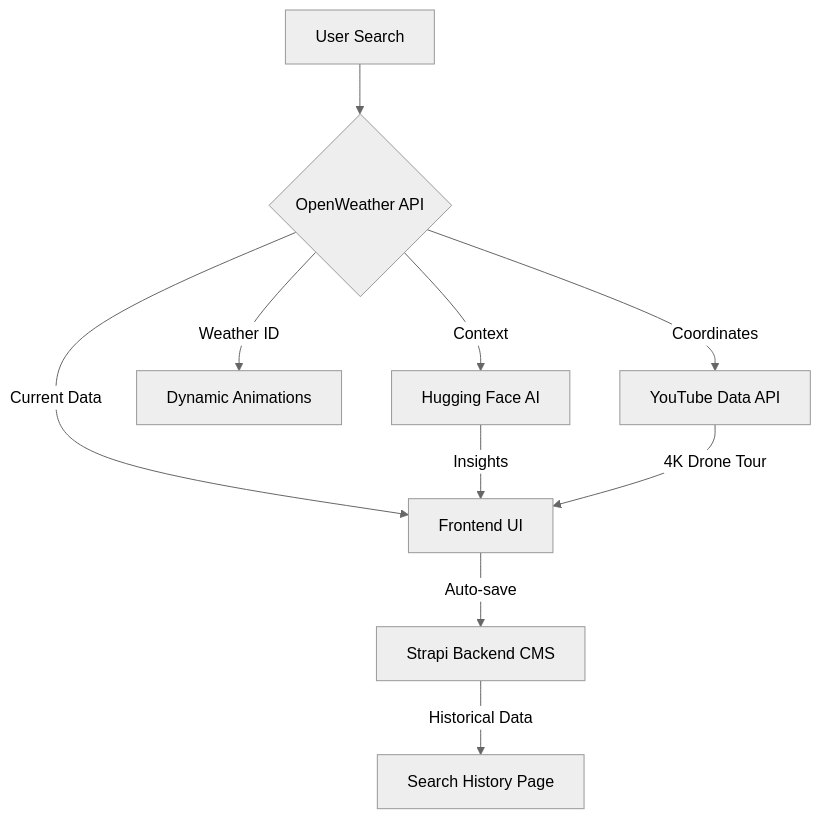
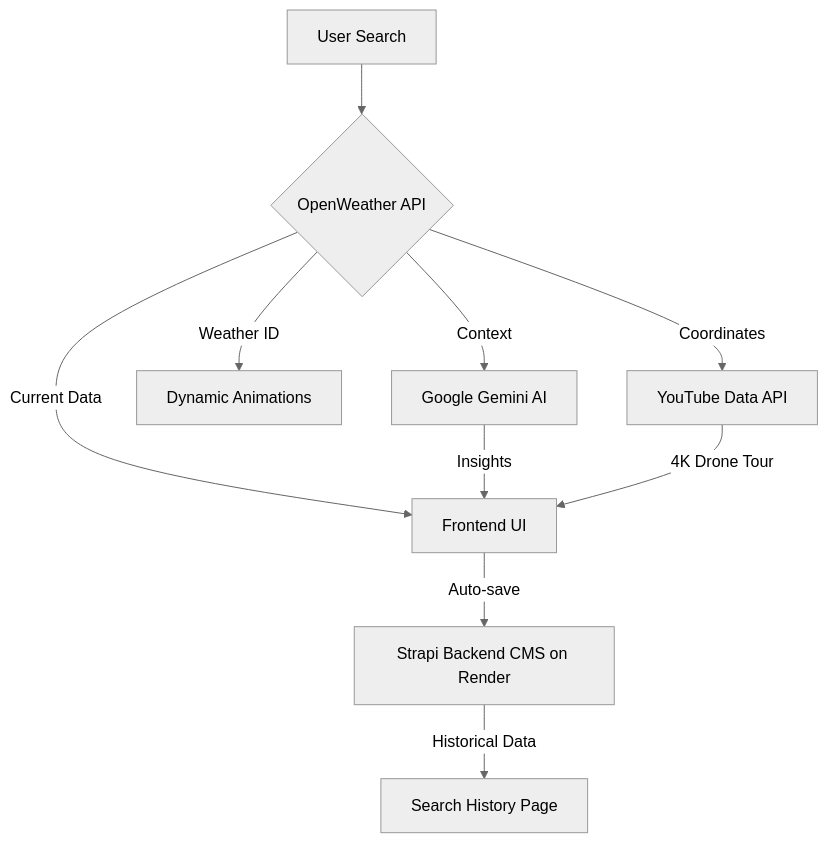
Before and after one commit to Kayke-Queiroz/SmartWeather: the diagram in README.md, drawn with Mermaid (neutral theme). The commit also changed other lines of this file, not shown here.

Commit message:
docs: update README with Google Gemini and Render infrastructure

````diff
--- a/README.md
+++ b/README.md
@@ -51,12 +51,12 @@
 ```mermaid
 graph TD
     A[User Search] --> B{OpenWeather API}
     B -->|Current Data| C[Frontend UI]
     B -->|Coordinates| D[YouTube Data API]
     B -->|Weather ID| E[Dynamic Animations]
-    C -->|Auto-save| F[Strapi Backend CMS]
+    C -->|Auto-save| F[Strapi Backend CMS on Render]
     F -->|Historical Data| G[Search History Page]
-    B -->|Context| H[Hugging Face AI]
+    B -->|Context| H[Google Gemini AI]
     H -->|Insights| C
     D -->|4K Drone Tour| C
 ```
````
